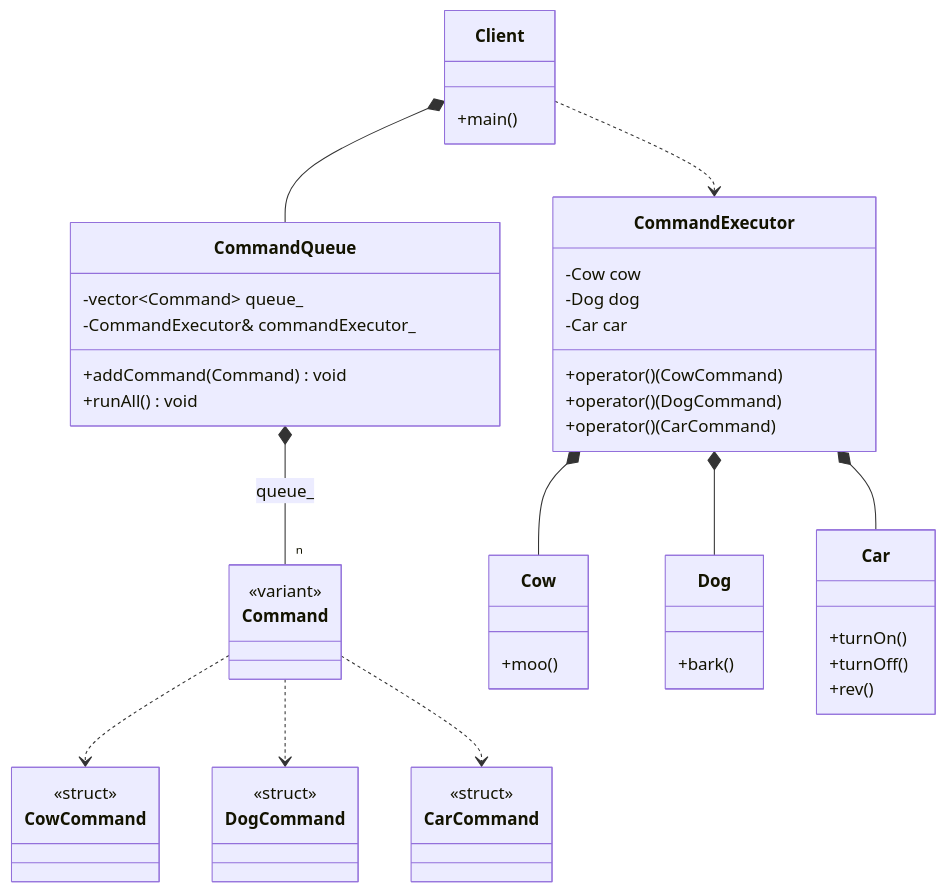
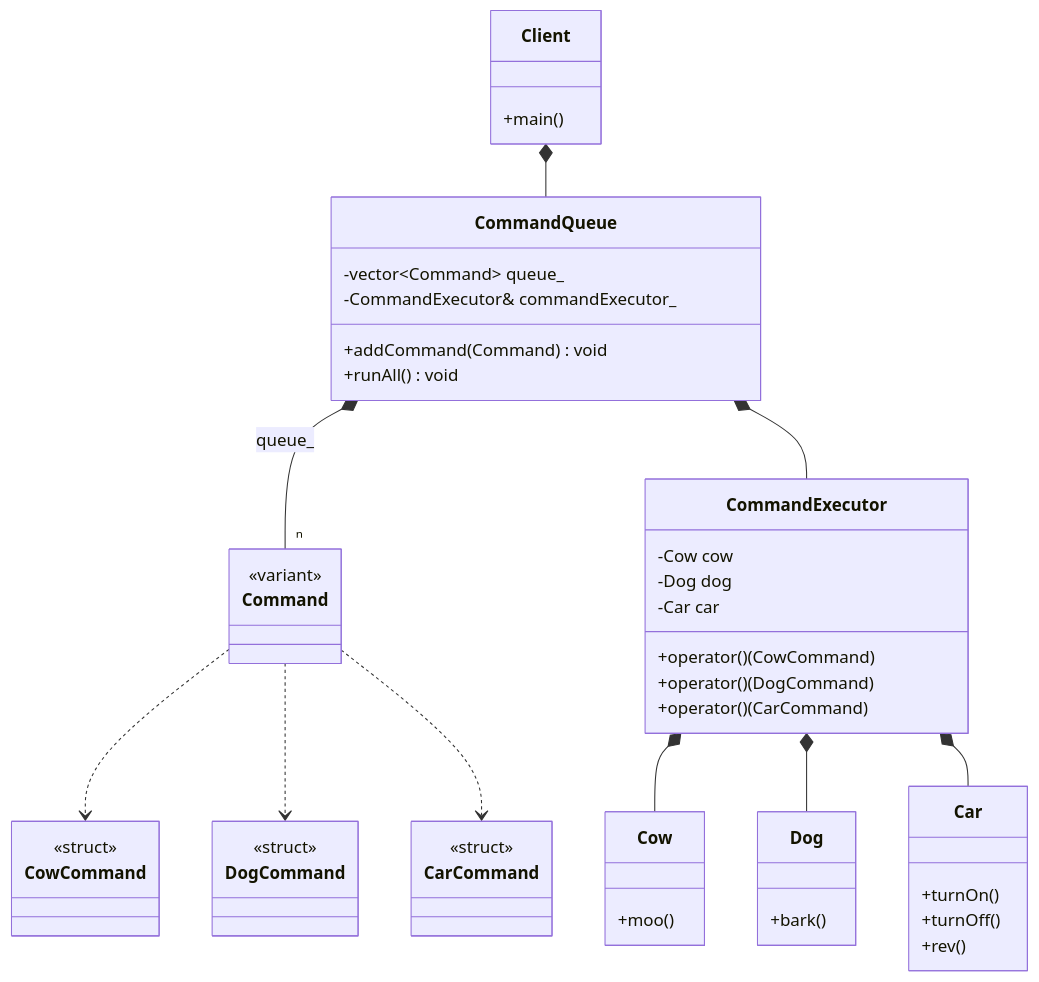
One commit to Cichlidfishexigency721/Modern-CPP-Design-Patterns changed the diagram in 19_Command/02_Modern_Variant/README.md. Above: the diagram before and after it, drawn with Mermaid. The commit also changed 2 other files, not shown here.

Commit message:
UML improvement

````diff
--- a/19_Command/02_Modern_Variant/README.md
+++ b/19_Command/02_Modern_Variant/README.md
@@ -24,63 +24,63 @@
 ```mermaid
 classDiagram
     class CowCommand {
         <<struct>>
     }
     class DogCommand {
         <<struct>>
     }
     class CarCommand {
         <<struct>>
     }
 
     class Command {
         <<variant>>
     }
 
     class Cow {
         +moo()
     }
 
     class Dog {
         +bark()
     }
 
     class Car {
         +turnOn()
         +turnOff()
         +rev()
     }
 
     class CommandExecutor {
         -Cow cow
         -Dog dog
         -Car car
         +operator()(CowCommand)
         +operator()(DogCommand)
         +operator()(CarCommand)
     }
 
     class CommandQueue {
        -vector~Command~ queue_
        -CommandExecutor& commandExecutor_
        +addCommand(Command) void
         +runAll() void
     }
 
     class Client {
         +main()
     }
 
     CommandQueue *-- "n" Command : queue_
-    
+    CommandQueue *-- CommandExecutor
+
     Command ..> CowCommand
     Command ..> DogCommand
     Command ..> CarCommand
 
     CommandExecutor *-- Cow
     CommandExecutor *-- Dog
     CommandExecutor *-- Car
 
     Client *-- CommandQueue
-    Client ..> CommandExecutor
 ```
````
